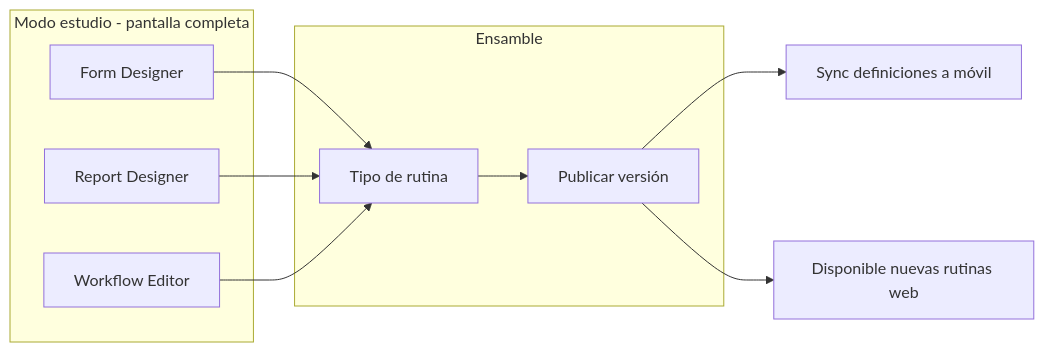
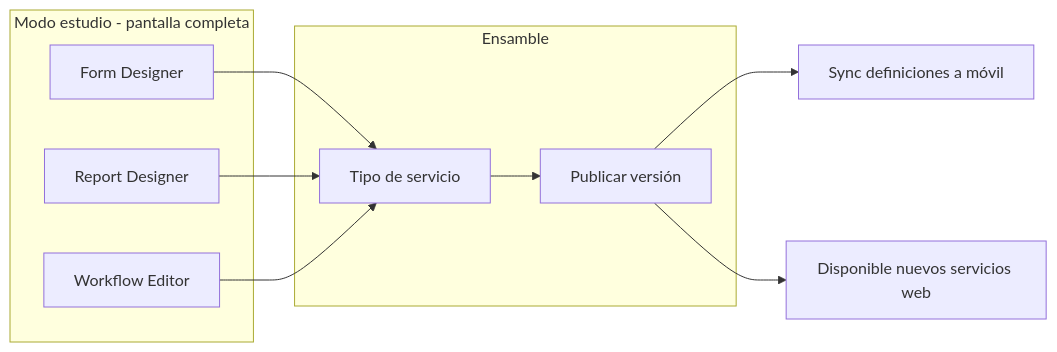
The diagram in openspec/diagrams/design-configurator-flow.md (Adrian247/noah), drawn with Mermaid before and after one commit. The commit also changed other lines of this file and 279 other files, not shown here.

````diff
--- a/openspec/diagrams/design-configurator-flow.md
+++ b/openspec/diagrams/design-configurator-flow.md
@@ -5,20 +5,20 @@
 ```mermaid
 flowchart LR
   subgraph studio [Modo estudio - pantalla completa]
     F[Form Designer]
     R[Report Designer]
     W[Workflow Editor]
   end
 
   subgraph link [Ensamble]
-    RT[Tipo de rutina]
+    RT[Tipo de servicio]
     PUB[Publicar versión]
   end
 
   F --> RT
   R --> RT
   W --> RT
   RT --> PUB
   PUB --> MOB[Sync definiciones a móvil]
-  PUB --> WEB[Disponible nuevas rutinas web]
+  PUB --> WEB[Disponible nuevos servicios web]
 ```
````
